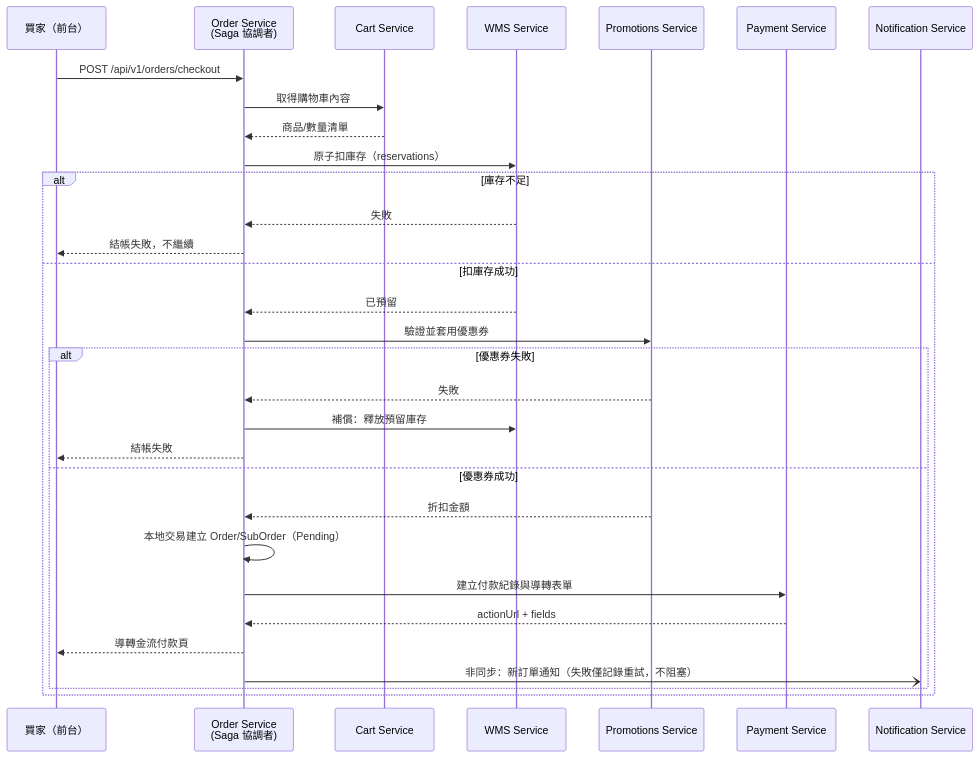
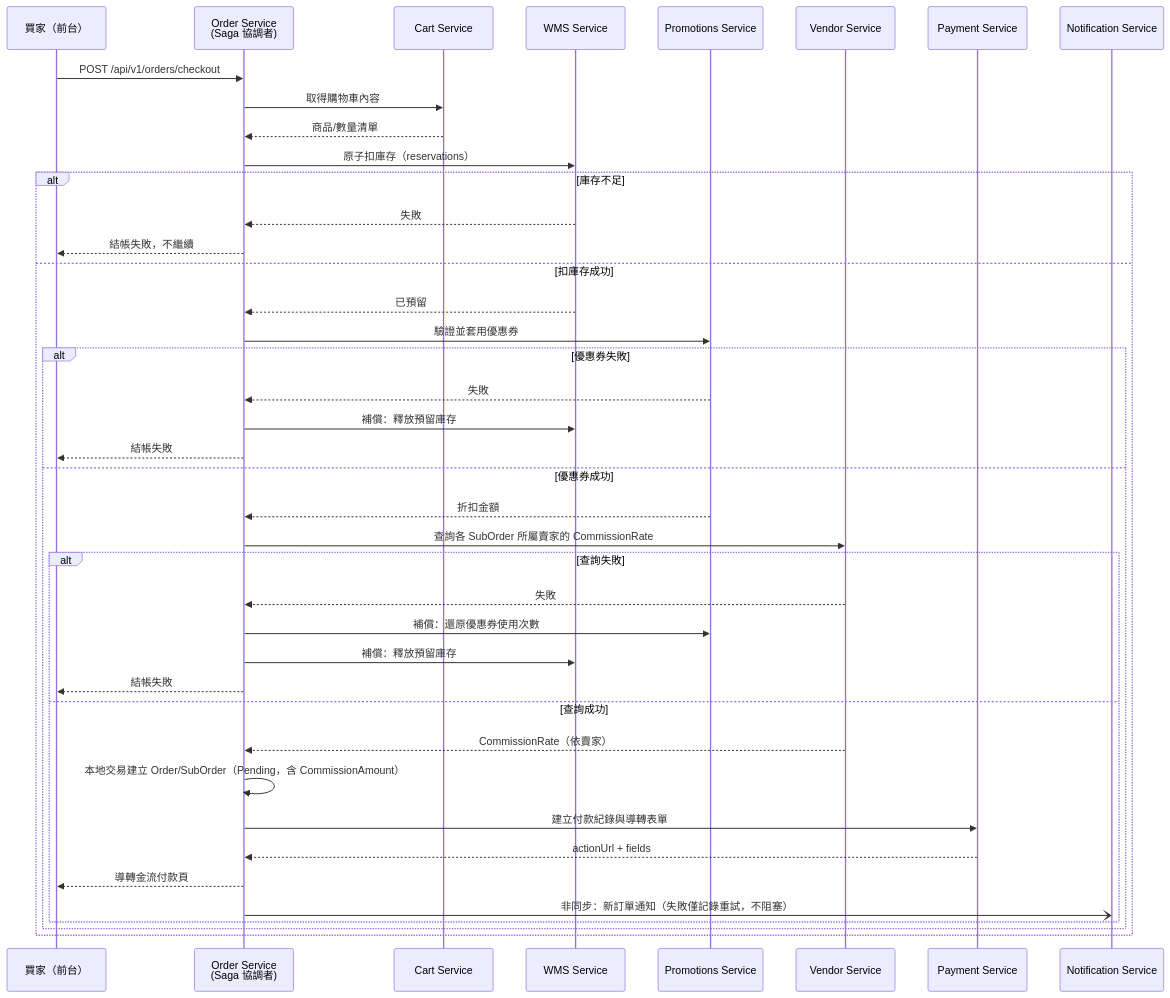
The second of 2 diagrams in docs/06-ecommerce-platform-architecture.md (roycecole/suxo-shop-spec), drawn with Mermaid before and after one commit. The commit also changed other lines of this file and 66 other files, not shown here.

Commit message:
feat: add agent skill definitions and update documentation to reflect decoupled architecture

````diff
--- a/docs/06-ecommerce-platform-architecture.md
+++ b/docs/06-ecommerce-platform-architecture.md
@@ -213,34 +218,44 @@
 ```mermaid
 sequenceDiagram
     participant Buyer as 買家（前台）
     participant Order as Order Service<br/>(Saga 協調者)
     participant Cart as Cart Service
     participant WMS as WMS Service
     participant Promo as Promotions Service
+    participant Vendor as Vendor Service
     participant Pay as Payment Service
     participant Noti as Notification Service
 
     Buyer->>Order: POST /api/v1/orders/checkout
     Order->>Cart: 取得購物車內容
     Cart-->>Order: 商品/數量清單
     Order->>WMS: 原子扣庫存（reservations）
     alt 庫存不足
         WMS-->>Order: 失敗
         Order-->>Buyer: 結帳失敗，不繼續
     else 扣庫存成功
         WMS-->>Order: 已預留
         Order->>Promo: 驗證並套用優惠券
         alt 優惠券失敗
             Promo-->>Order: 失敗
             Order->>WMS: 補償：釋放預留庫存
             Order-->>Buyer: 結帳失敗
         else 優惠券成功
             Promo-->>Order: 折扣金額
-            Order->>Order: 本地交易建立 Order/SubOrder（Pending）
-            Order->>Pay: 建立付款紀錄與導轉表單
-            Pay-->>Order: actionUrl + fields
-            Order-->>Buyer: 導轉金流付款頁
-            Order-)Noti: 非同步：新訂單通知（失敗僅記錄重試，不阻塞）
+            Order->>Vendor: 查詢各 SubOrder 所屬賣家的 CommissionRate
+            alt 查詢失敗
+                Vendor-->>Order: 失敗
+                Order->>Promo: 補償：還原優惠券使用次數
+                Order->>WMS: 補償：釋放預留庫存
+                Order-->>Buyer: 結帳失敗
+            else 查詢成功
+                Vendor-->>Order: CommissionRate（依賣家）
+                Order->>Order: 本地交易建立 Order/SubOrder（Pending，含 CommissionAmount）
+                Order->>Pay: 建立付款紀錄與導轉表單
+                Pay-->>Order: actionUrl + fields
+                Order-->>Buyer: 導轉金流付款頁
+                Order-)Noti: 非同步：新訂單通知（失敗僅記錄重試，不阻塞）
+            end
         end
     end
 ```
````
